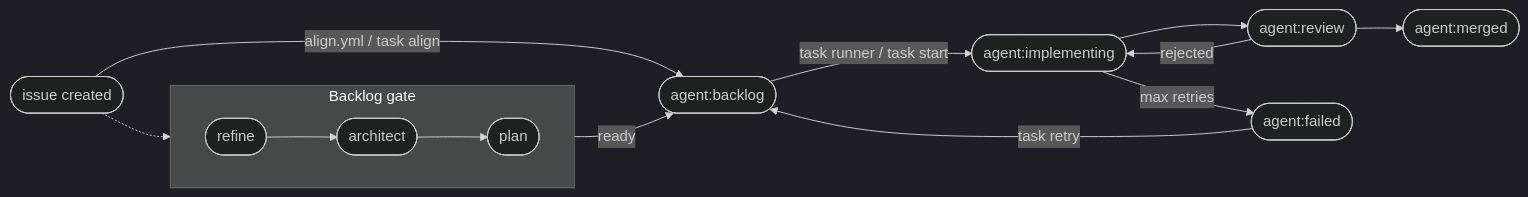
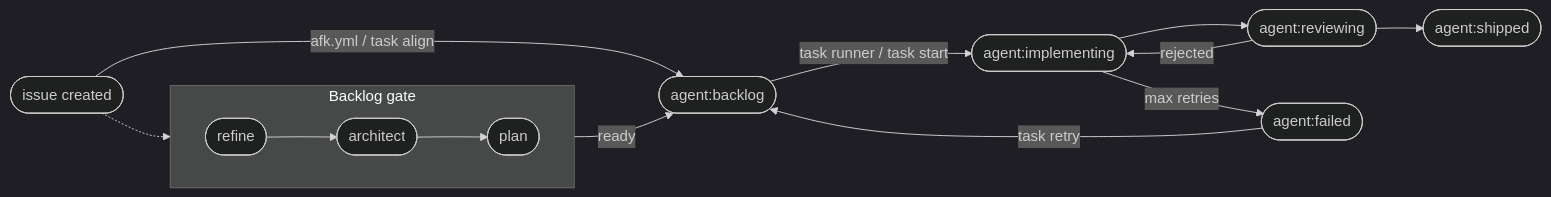
One commit to architecture-that-works/agentic-sdlc changed the diagram in README.md. Above: the diagram before and after it, drawn with Mermaid (dark theme). The commit also changed other lines of this file and 34 other files, not shown here.

````diff
--- a/README.md
+++ b/README.md
@@ -67,16 +67,16 @@
 ```mermaid
 flowchart LR
-    N([issue created]) -- align.yml / task align --> A
+    N([issue created]) -- afk.yml / task align --> A
     subgraph Backlog gate
       direction LR
       R([refine]) --> AR([architect]) --> P([plan])
     end
     N -.-> R
     P -- ready --> A([agent:backlog])
     A -- task runner / task start --> D([agent:implementing])
-    D --> E([agent:review])
-    E --> F([agent:merged])
+    D --> E([agent:reviewing])
+    E --> F([agent:shipped])
     E -- rejected --> D
     D -- max retries --> G([agent:failed])
     G -- task retry --> A
 ```
````
